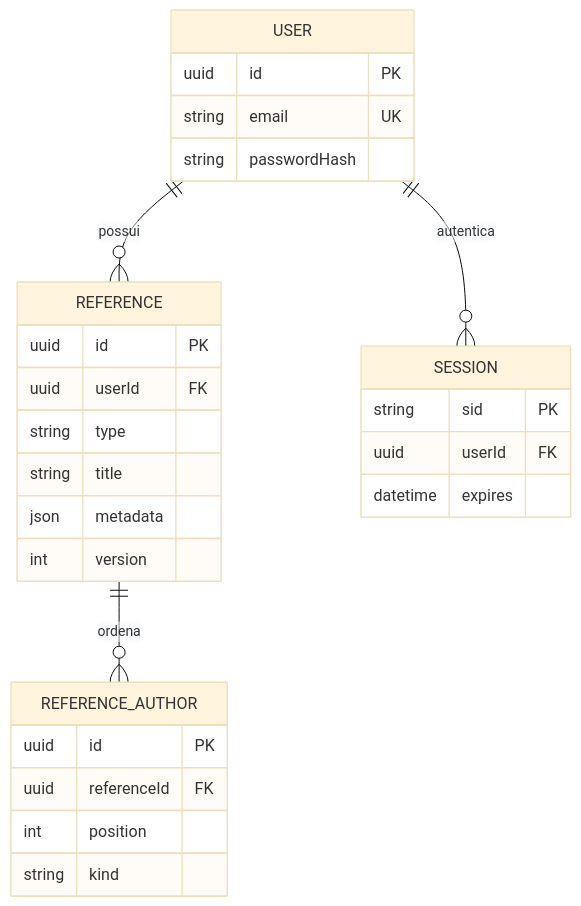
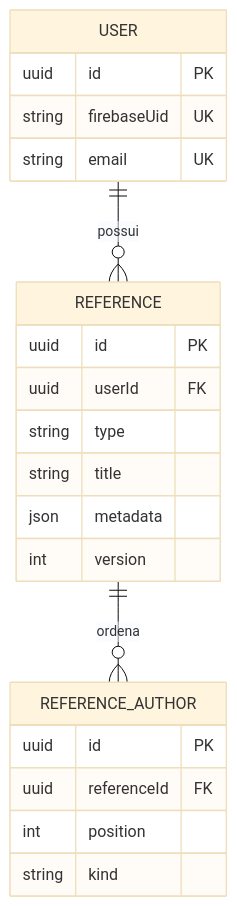
Before and after one commit to Arttpl06/Uniref: the diagram in documentacao/BANCO_DE_DADOS.md, drawn with Mermaid (base theme). The commit also changed other lines of this file and 9 other files, not shown here.

````diff
--- a/documentacao/BANCO_DE_DADOS.md
+++ b/documentacao/BANCO_DE_DADOS.md
@@ -9,30 +11,24 @@
 ```mermaid
 erDiagram
     USER ||--o{ REFERENCE : possui
     REFERENCE ||--o{ REFERENCE_AUTHOR : ordena
-    USER ||--o{ SESSION : autentica
     USER {
         uuid id PK
+        string firebaseUid UK
         string email UK
-        string passwordHash
     }
     REFERENCE {
         uuid id PK
         uuid userId FK
         string type
         string title
         json metadata
         int version
     }
     REFERENCE_AUTHOR {
         uuid id PK
         uuid referenceId FK
         int position
         string kind
     }
-    SESSION {
-        string sid PK
-        uuid userId FK
-        datetime expires
-    }
 ```
````
